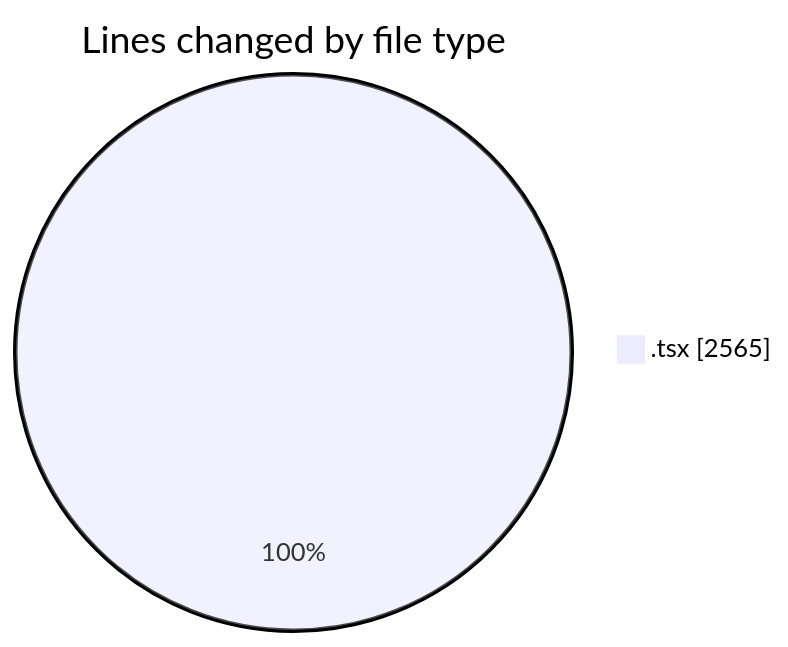
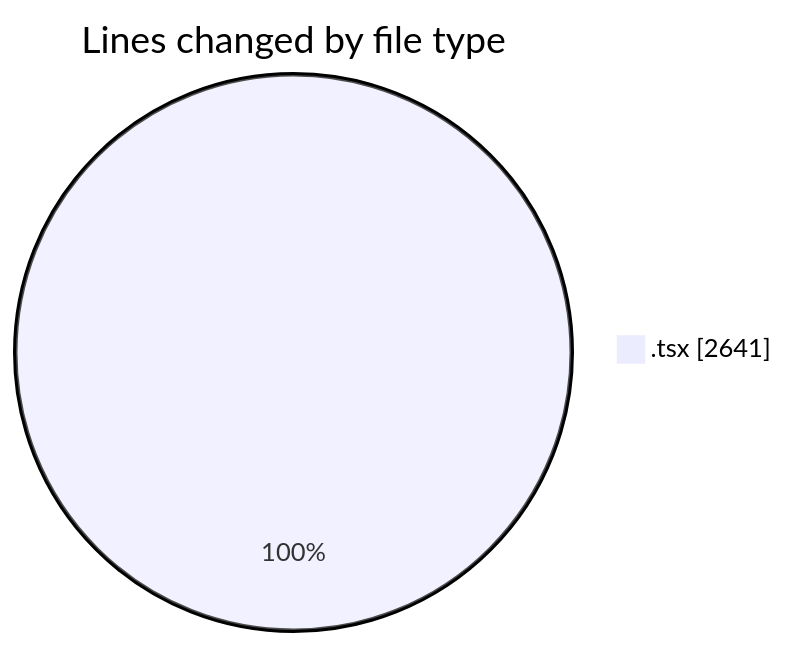
Before and after one commit to momahboobian/code-tracking: the first of 2 diagrams in 2025-06-13/cda/README.md, drawn with Mermaid. The commit also changed other lines of this file and 1 other file, not shown here.

````diff
--- a/2025-06-13/cda/README.md
+++ b/2025-06-13/cda/README.md
@@ -26,5 +26,5 @@
 ```mermaid
 pie showData
 title Lines changed by file type
-".tsx" : 2565
+".tsx" : 2641
 ```
````
